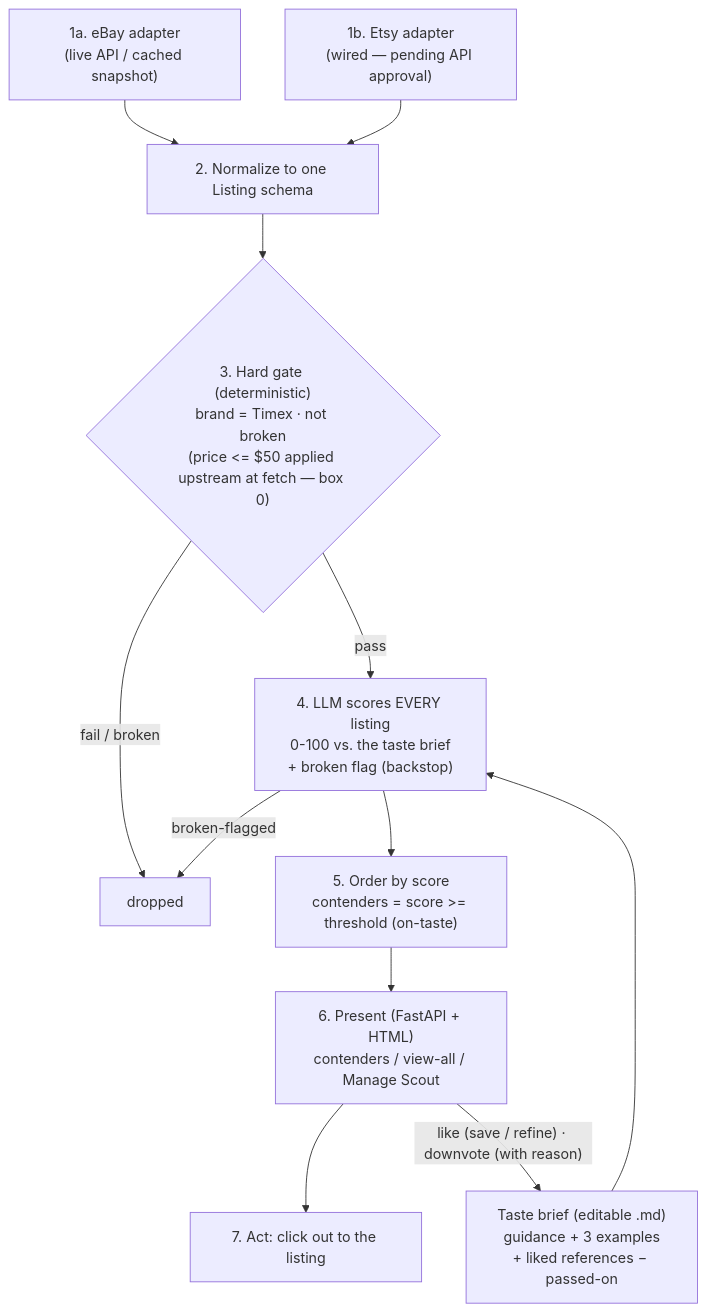
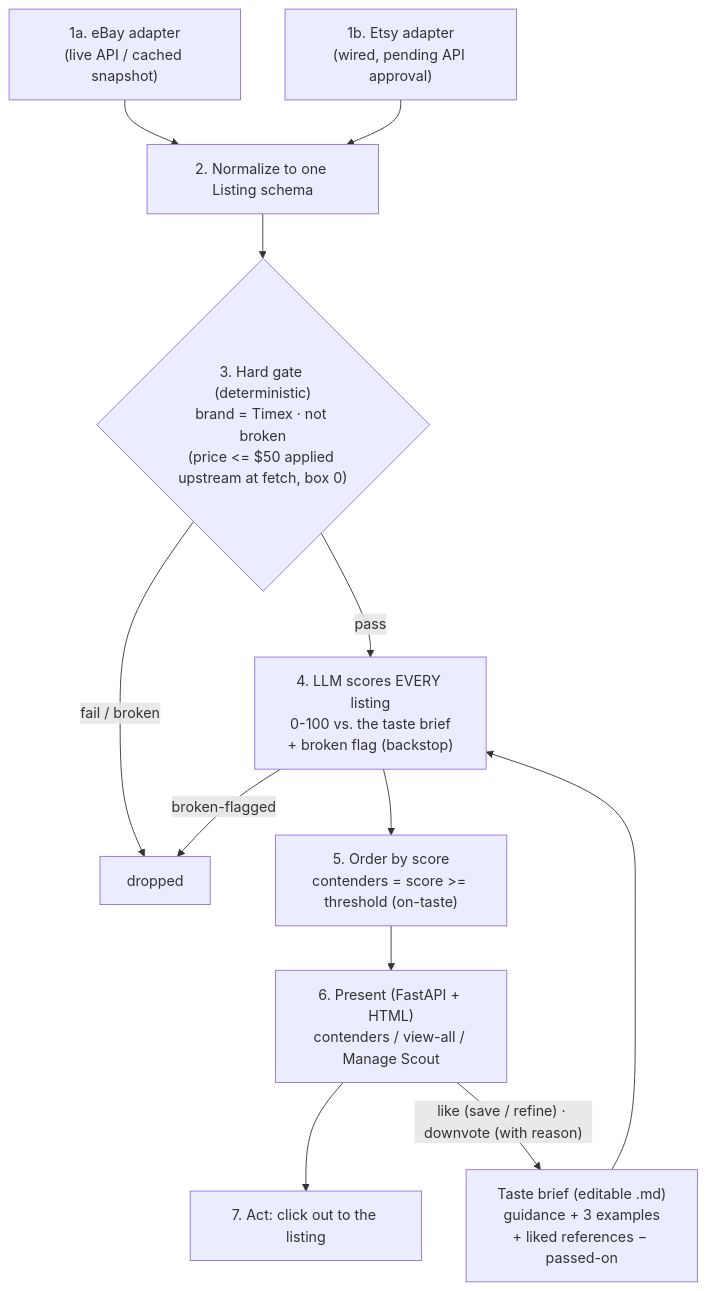
The first of 2 diagrams in README.md (AverowRob/vintage-timex-scout), drawn with Mermaid before and after one commit. The commit also changed other lines of this file, not shown here.

````diff
--- a/README.md
+++ b/README.md
@@ -156,15 +156,15 @@
 ```mermaid
 flowchart TD
     EB["1a. eBay adapter\n(live API / cached snapshot)"] --> NORM
-    ET["1b. Etsy adapter\n(wired — pending API approval)"] --> NORM
+    ET["1b. Etsy adapter\n(wired, pending API approval)"] --> NORM
     NORM["2. Normalize to one Listing schema"] --> GATE
-    GATE{"3. Hard gate (deterministic)\nbrand = Timex · not broken\n(price <= $50 applied upstream at fetch — box 0)"}
+    GATE{"3. Hard gate (deterministic)\nbrand = Timex · not broken\n(price <= $50 applied upstream at fetch, box 0)"}
     GATE -- "fail / broken" --> DROP["dropped"]
     GATE -- "pass" --> SCORE["4. LLM scores EVERY listing\n0-100 vs. the taste brief\n+ broken flag (backstop)"]
     BRIEF["Taste brief (editable .md)\nguidance + 3 examples\n+ liked references − passed-on"] --> SCORE
     SCORE -- "broken-flagged" --> DROP
     SCORE --> RANK["5. Order by score\ncontenders = score >= threshold (on-taste)"]
     RANK --> UI["6. Present (FastAPI + HTML)\ncontenders / view-all / Manage Scout"]
     UI --> ACT["7. Act: click out to the listing"]
     UI -->|"like (save / refine) · downvote (with reason)"| BRIEF
 ```
````
